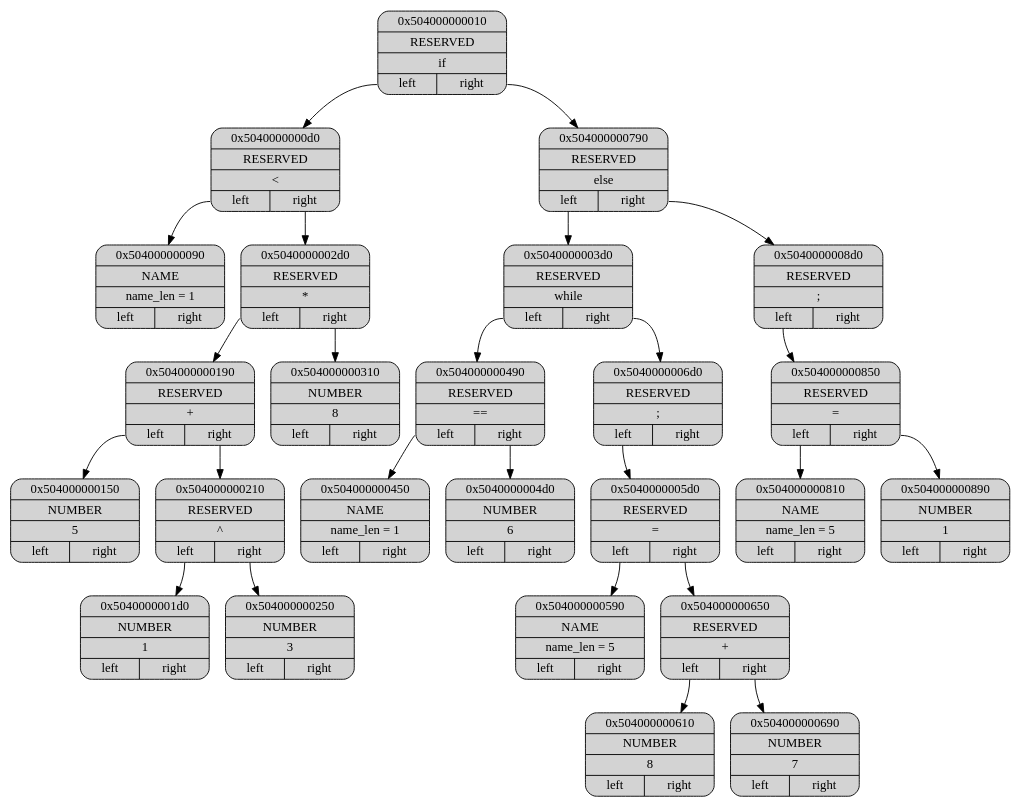
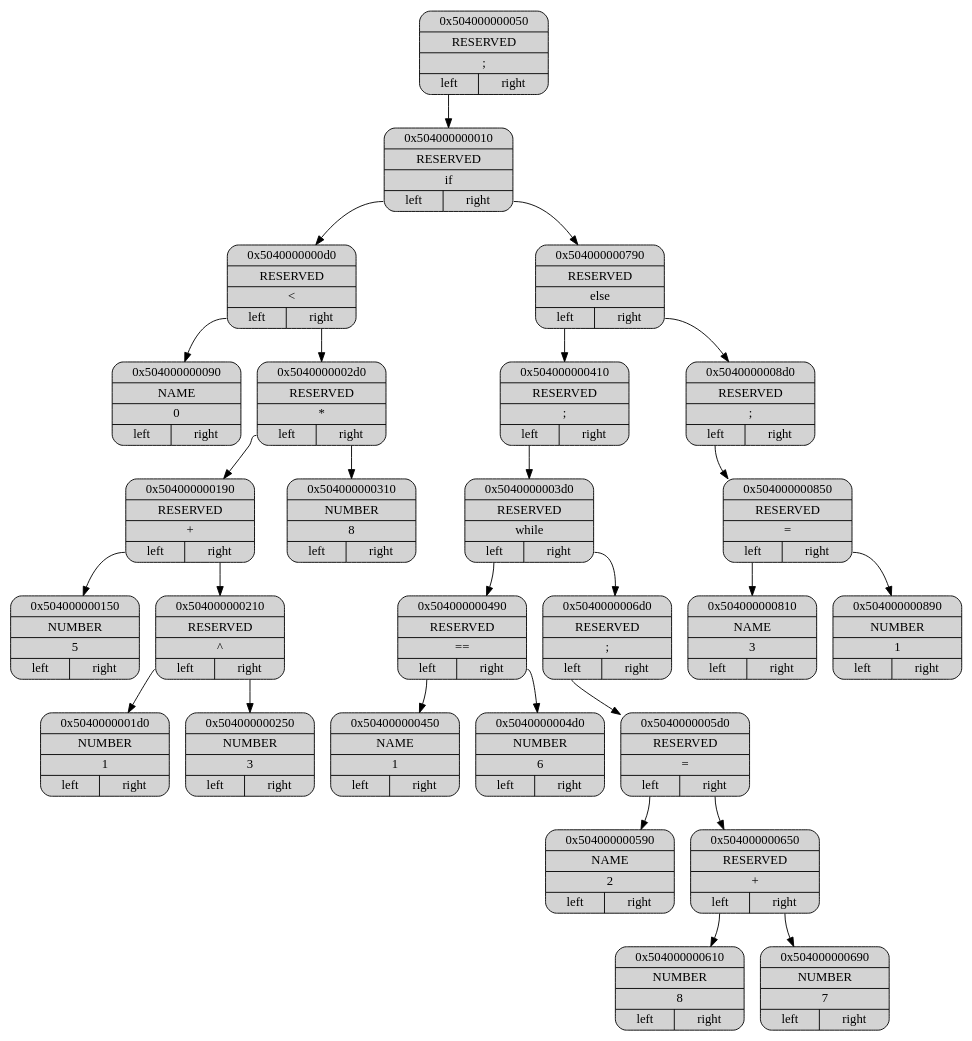
One commit to ashqqy/Language changed the diagram in Dump/dump.dot. Above: the diagram before and after it, drawn with Graphviz. The commit also changed 10 other files, not shown here.

```diff
--- a/Dump/dump.dot
+++ b/Dump/dump.dot
@@ -1,55 +1,59 @@
 digraph G
 {
 node[shape="record", style="rounded, filled"];
 
+p0x504000000050[label = "{ <ptr> 0x504000000050 | <type> RESERVED | <data> \; | { <l>left|<r>right } }"];
 p0x504000000010[label = "{ <ptr> 0x504000000010 | <type> RESERVED | <data> \if | { <l>left|<r>right } }"];
 p0x5040000000d0[label = "{ <ptr> 0x5040000000d0 | <type> RESERVED | <data> \< | { <l>left|<r>right } }"];
-p0x504000000090[label = "{ <ptr> 0x504000000090 | <type> NAME | <data> name_len = 1 | { <l>left|<r>right } }"];
+p0x504000000090[label = "{ <ptr> 0x504000000090 | <type> NAME | <data> 0 | { <l>left|<r>right } }"];
 p0x5040000002d0[label = "{ <ptr> 0x5040000002d0 | <type> RESERVED | <data> \* | { <l>left|<r>right } }"];
 p0x504000000190[label = "{ <ptr> 0x504000000190 | <type> RESERVED | <data> \+ | { <l>left|<r>right } }"];
 p0x504000000150[label = "{ <ptr> 0x504000000150 | <type> NUMBER | <data> 5 | { <l>left|<r>right } }"];
 p0x504000000210[label = "{ <ptr> 0x504000000210 | <type> RESERVED | <data> \^ | { <l>left|<r>right } }"];
 p0x5040000001d0[label = "{ <ptr> 0x5040000001d0 | <type> NUMBER | <data> 1 | { <l>left|<r>right } }"];
 p0x504000000250[label = "{ <ptr> 0x504000000250 | <type> NUMBER | <data> 3 | { <l>left|<r>right } }"];
 p0x504000000310[label = "{ <ptr> 0x504000000310 | <type> NUMBER | <data> 8 | { <l>left|<r>right } }"];
 p0x504000000790[label = "{ <ptr> 0x504000000790 | <type> RESERVED | <data> \else | { <l>left|<r>right } }"];
+p0x504000000410[label = "{ <ptr> 0x504000000410 | <type> RESERVED | <data> \; | { <l>left|<r>right } }"];
 p0x5040000003d0[label = "{ <ptr> 0x5040000003d0 | <type> RESERVED | <data> \while | { <l>left|<r>right } }"];
 p0x504000000490[label = "{ <ptr> 0x504000000490 | <type> RESERVED | <data> \== | { <l>left|<r>right } }"];
-p0x504000000450[label = "{ <ptr> 0x504000000450 | <type> NAME | <data> name_len = 1 | { <l>left|<r>right } }"];
+p0x504000000450[label = "{ <ptr> 0x504000000450 | <type> NAME | <data> 1 | { <l>left|<r>right } }"];
 p0x5040000004d0[label = "{ <ptr> 0x5040000004d0 | <type> NUMBER | <data> 6 | { <l>left|<r>right } }"];
 p0x5040000006d0[label = "{ <ptr> 0x5040000006d0 | <type> RESERVED | <data> \; | { <l>left|<r>right } }"];
 p0x5040000005d0[label = "{ <ptr> 0x5040000005d0 | <type> RESERVED | <data> \= | { <l>left|<r>right } }"];
-p0x504000000590[label = "{ <ptr> 0x504000000590 | <type> NAME | <data> name_len = 5 | { <l>left|<r>right } }"];
+p0x504000000590[label = "{ <ptr> 0x504000000590 | <type> NAME | <data> 2 | { <l>left|<r>right } }"];
 p0x504000000650[label = "{ <ptr> 0x504000000650 | <type> RESERVED | <data> \+ | { <l>left|<r>right } }"];
 p0x504000000610[label = "{ <ptr> 0x504000000610 | <type> NUMBER | <data> 8 | { <l>left|<r>right } }"];
 p0x504000000690[label = "{ <ptr> 0x504000000690 | <type> NUMBER | <data> 7 | { <l>left|<r>right } }"];
 p0x5040000008d0[label = "{ <ptr> 0x5040000008d0 | <type> RESERVED | <data> \; | { <l>left|<r>right } }"];
 p0x504000000850[label = "{ <ptr> 0x504000000850 | <type> RESERVED | <data> \= | { <l>left|<r>right } }"];
-p0x504000000810[label = "{ <ptr> 0x504000000810 | <type> NAME | <data> name_len = 5 | { <l>left|<r>right } }"];
+p0x504000000810[label = "{ <ptr> 0x504000000810 | <type> NAME | <data> 3 | { <l>left|<r>right } }"];
 p0x504000000890[label = "{ <ptr> 0x504000000890 | <type> NUMBER | <data> 1 | { <l>left|<r>right } }"];
 
+p0x504000000050:<l> -> p0x504000000010
 p0x504000000010:<l> -> p0x5040000000d0
 p0x5040000000d0:<l> -> p0x504000000090
 p0x5040000000d0:<r> -> p0x5040000002d0
 p0x5040000002d0:<l> -> p0x504000000190
 p0x504000000190:<l> -> p0x504000000150
 p0x504000000190:<r> -> p0x504000000210
 p0x504000000210:<l> -> p0x5040000001d0
 p0x504000000210:<r> -> p0x504000000250
 p0x5040000002d0:<r> -> p0x504000000310
 p0x504000000010:<r> -> p0x504000000790
-p0x504000000790:<l> -> p0x5040000003d0
+p0x504000000790:<l> -> p0x504000000410
+p0x504000000410:<l> -> p0x5040000003d0
 p0x5040000003d0:<l> -> p0x504000000490
 p0x504000000490:<l> -> p0x504000000450
 p0x504000000490:<r> -> p0x5040000004d0
 p0x5040000003d0:<r> -> p0x5040000006d0
 p0x5040000006d0:<l> -> p0x5040000005d0
 p0x5040000005d0:<l> -> p0x504000000590
 p0x5040000005d0:<r> -> p0x504000000650
 p0x504000000650:<l> -> p0x504000000610
 p0x504000000650:<r> -> p0x504000000690
 p0x504000000790:<r> -> p0x5040000008d0
 p0x5040000008d0:<l> -> p0x504000000850
 p0x504000000850:<l> -> p0x504000000810
 p0x504000000850:<r> -> p0x504000000890
 }
```
